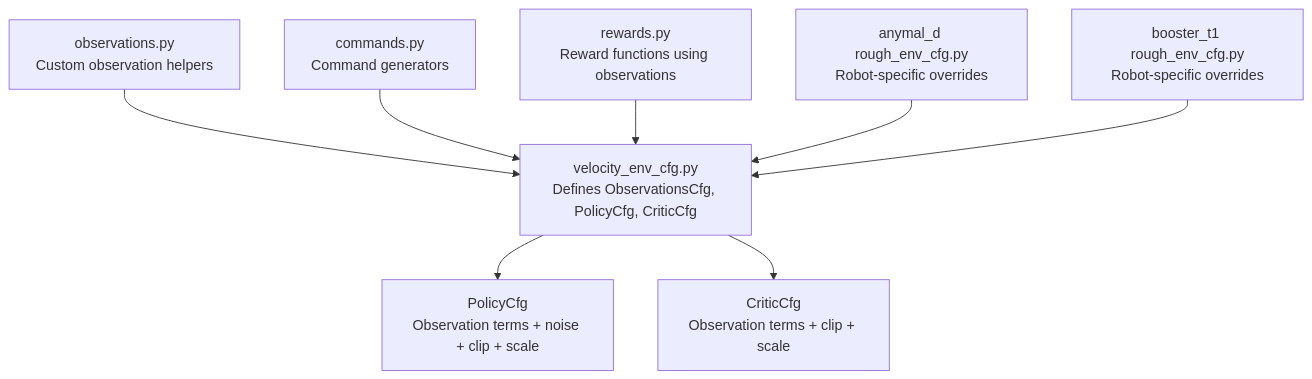
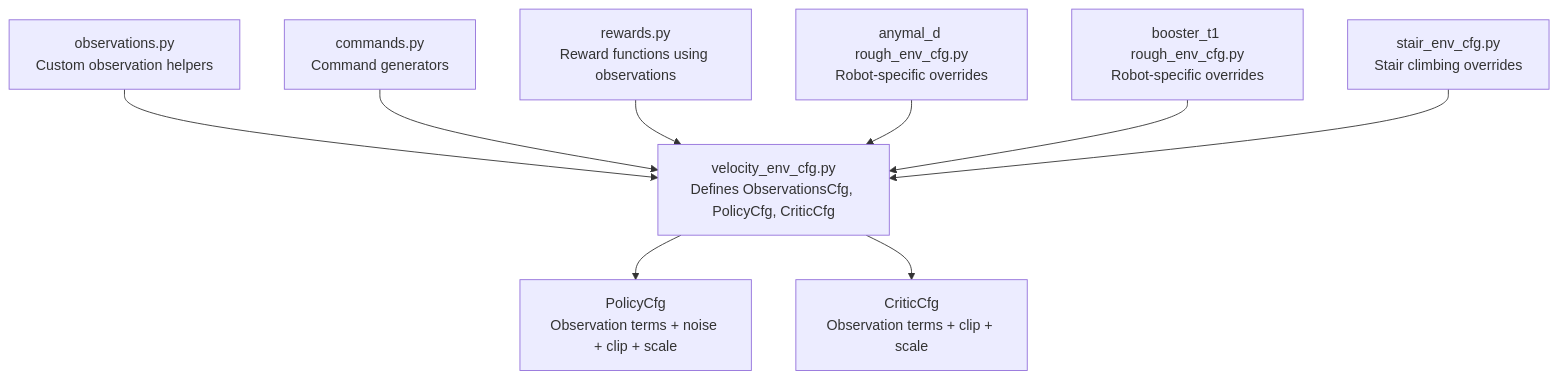
One commit to jayjayhust/robot_lab changed the first of 3 diagrams in .qoder/repowiki/en/content/Task Configuration Framework/Velocity-Based Locomotion Tasks/Observation System and State Representation.md. Above: the diagram before and after it, drawn with Mermaid. The commit also changed other lines of this file and 6 other files, not shown here.

````diff
--- a/.qoder/repowiki/en/content/Task Configuration Framework/Velocity-Based Locomotion Tasks/Observation System and State Representation.md
+++ b/.qoder/repowiki/en/content/Task Configuration Framework/Velocity-Based Locomotion Tasks/Observation System and State Representation.md
@@ -30,10 +39,11 @@
 ```mermaid
 graph TB
 A["velocity_env_cfg.py<br/>Defines ObservationsCfg, PolicyCfg, CriticCfg"] --> B["PolicyCfg<br/>Observation terms + noise + clip + scale"]
 A --> C["CriticCfg<br/>Observation terms + clip + scale"]
 D["observations.py<br/>Custom observation helpers"] --> A
 E["commands.py<br/>Command generators"] --> A
 F["rewards.py<br/>Reward functions using observations"] --> A
 G["anymal_d rough_env_cfg.py<br/>Robot-specific overrides"] --> A
 H["booster_t1 rough_env_cfg.py<br/>Robot-specific overrides"] --> A
+I["stair_env_cfg.py<br/>Stair climbing overrides"] --> A
 ```
````
